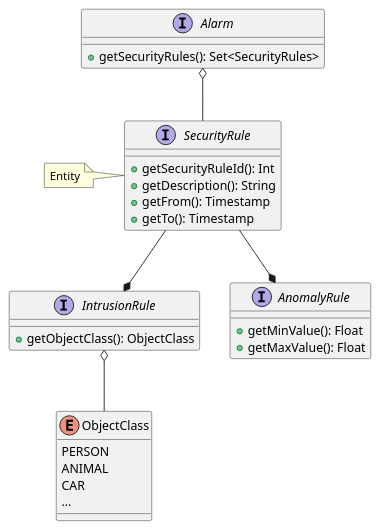
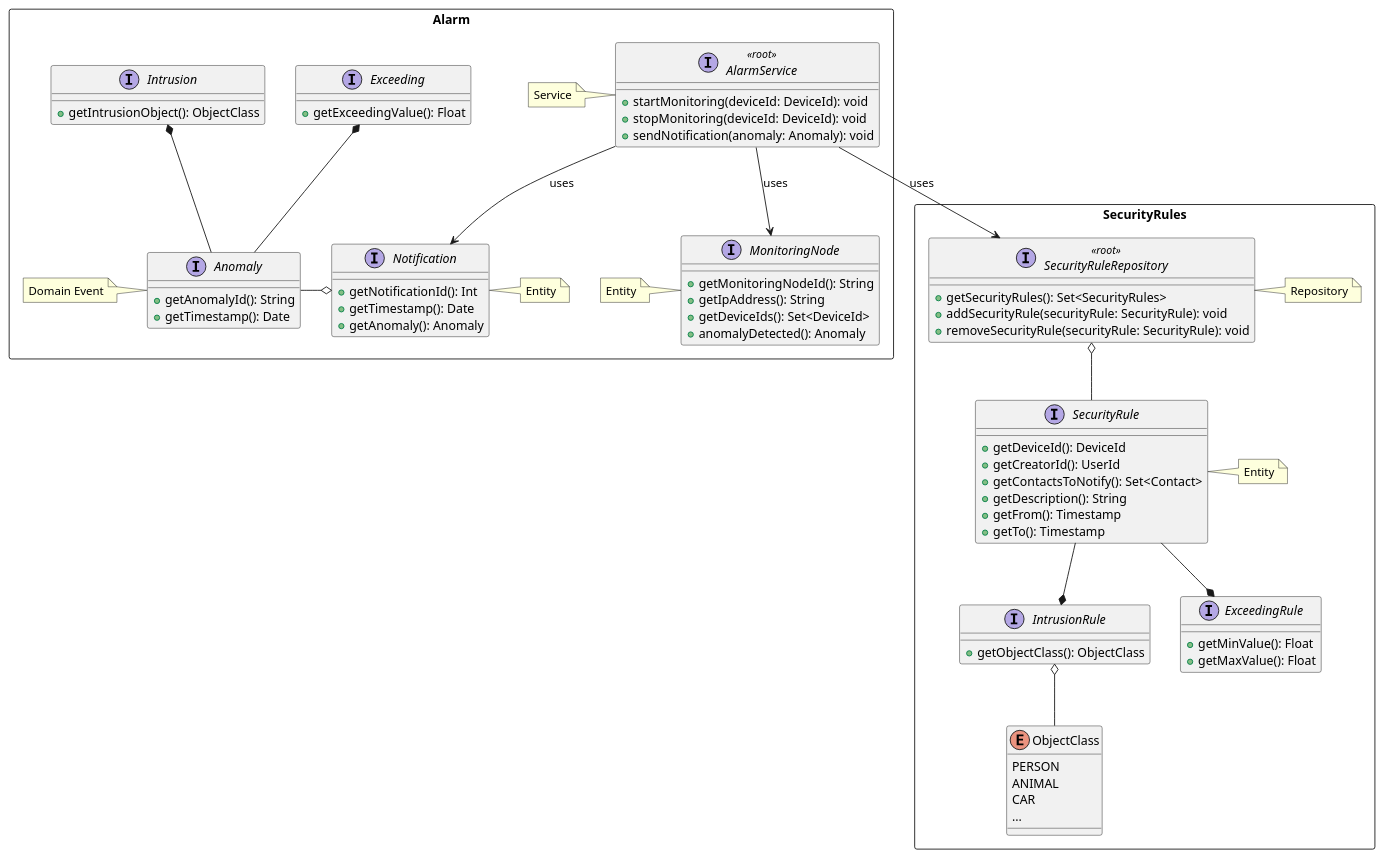
Before and after one commit to revue-org/revue: the diagram in report/uml/domain/Alarm.puml, drawn with PlantUML. The commit also changed 3 other files, not shown here.

Commit message:
docs: modify domain uml

```diff
--- a/report/uml/domain/Alarm.puml
+++ b/report/uml/domain/Alarm.puml
@@ -1,40 +1,93 @@
 @startuml
 
-interface Alarm {
-  + getSecurityRules(): Set<SecurityRules>
+package SecurityRules <<Rectangle>> {
+
+    interface SecurityRuleRepository <<root>> {
+      + getSecurityRules(): Set<SecurityRules>
+      + addSecurityRule(securityRule: SecurityRule): void
+      + removeSecurityRule(securityRule: SecurityRule): void
+    }
+    note right of SecurityRuleRepository : Repository
+    SecurityRuleRepository o-- SecurityRule
+
+
+    interface SecurityRule {
+      + getDeviceId(): DeviceId
+      + getCreatorId(): UserId
+      + getContactsToNotify(): Set<Contact>
+      + getDescription(): String
+      + getFrom(): Timestamp
+      + getTo(): Timestamp
+    }
+
+    interface IntrusionRule {
+      + getObjectClass(): ObjectClass
+    }
+    IntrusionRule o-- ObjectClass
+
+    interface ExceedingRule {
+      + getMinValue(): Float
+      + getMaxValue(): Float
+    }
+
+    enum ObjectClass {
+      PERSON
+      ANIMAL
+      CAR
+      ...
+    }
+    note right of SecurityRule: Entity
+
 }
 
-interface SecurityRule {
-  + getSecurityRuleId(): Int
-  + getDescription(): String
-  + getFrom(): Timestamp
-  + getTo(): Timestamp
+package Alarm <<Rectangle>> {
+
+    interface Anomaly {
+      + getAnomalyId(): String
+      + getTimestamp(): Date
+    }
+    note left of Anomaly: Domain Event
+
+    interface Exceeding {
+      + getExceedingValue(): Float
+    }
+
+    interface Intrusion {
+      + getIntrusionObject(): ObjectClass
+    }
+
+    Exceeding *-- Anomaly
+    Intrusion *-- Anomaly
+
+
+    interface Notification {
+      + getNotificationId(): Int
+      + getTimestamp(): Date
+      + getAnomaly(): Anomaly
+    }
+    note right of Notification: Entity
+    Notification o-left- Anomaly
+
+    interface AlarmService <<root>> {
+      + startMonitoring(deviceId: DeviceId): void
+      + stopMonitoring(deviceId: DeviceId): void
+      + sendNotification(anomaly: Anomaly): void
+    }
+    note left of AlarmService: Service
+    SecurityRule --* ExceedingRule
+    SecurityRule --* IntrusionRule
+    AlarmService --> Notification : uses
+    AlarmService --> SecurityRuleRepository : uses
+
+    interface MonitoringNode {
+      + getMonitoringNodeId(): String
+      + getIpAddress(): String
+      + getDeviceIds(): Set<DeviceId>
+      + anomalyDetected(): Anomaly
+    }
+    note left of MonitoringNode: Entity
+    MonitoringNode <-up- AlarmService: uses
+
 }
 
-interface IntrusionRule {
-  + getObjectClass(): ObjectClass
-}
-
-interface AnomalyRule {
-  + getMinValue(): Float
-  + getMaxValue(): Float
-}
-
-enum ObjectClass {
-  PERSON
-  ANIMAL
-  CAR
-  ...
-}
-
-note left of SecurityRule: Entity
-
-SecurityRule --* AnomalyRule
-
-SecurityRule --* IntrusionRule
-
-Alarm o-- SecurityRule
-
-IntrusionRule o-- ObjectClass
-
 @enduml
```
